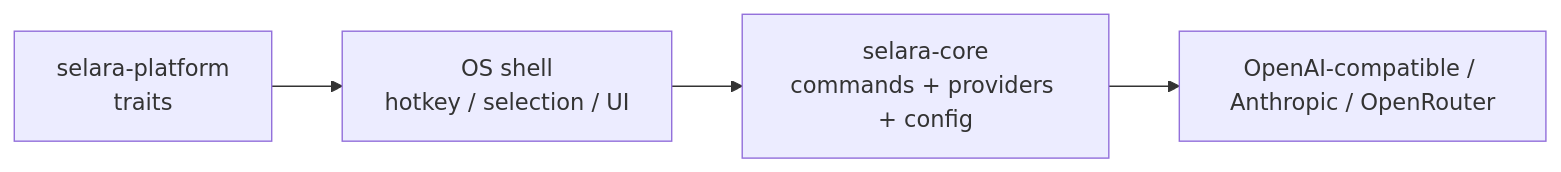
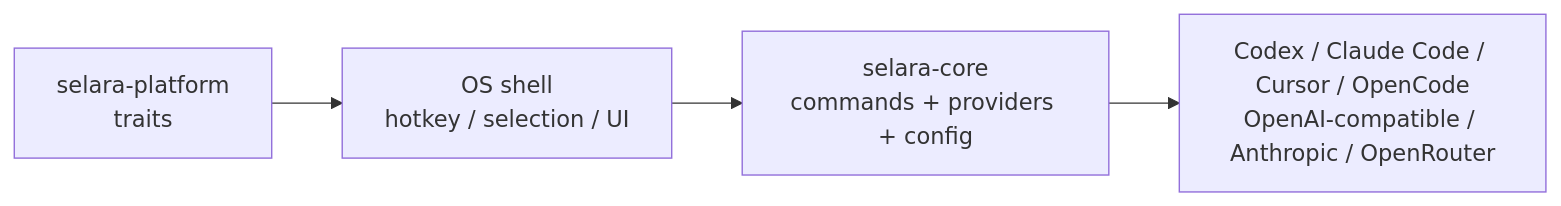
One commit to snowopsdev/selara changed the diagram in README.md. Above: the diagram before and after it, drawn with Mermaid. The commit also changed other lines of this file and 65 other files, not shown here.

````diff
--- a/README.md
+++ b/README.md
@@ -44,6 +41,6 @@
 ```mermaid
 flowchart LR
   Shell["OS shell<br/>hotkey / selection / UI"] --> Core["selara-core<br/>commands + providers + config"]
-  Core --> Providers["OpenAI-compatible / Anthropic / OpenRouter"]
+  Core --> Providers["Codex / Claude Code / Cursor / OpenCode<br/>OpenAI-compatible / Anthropic / OpenRouter"]
   Platform["selara-platform<br/>traits"] --> Shell
 ```
````
